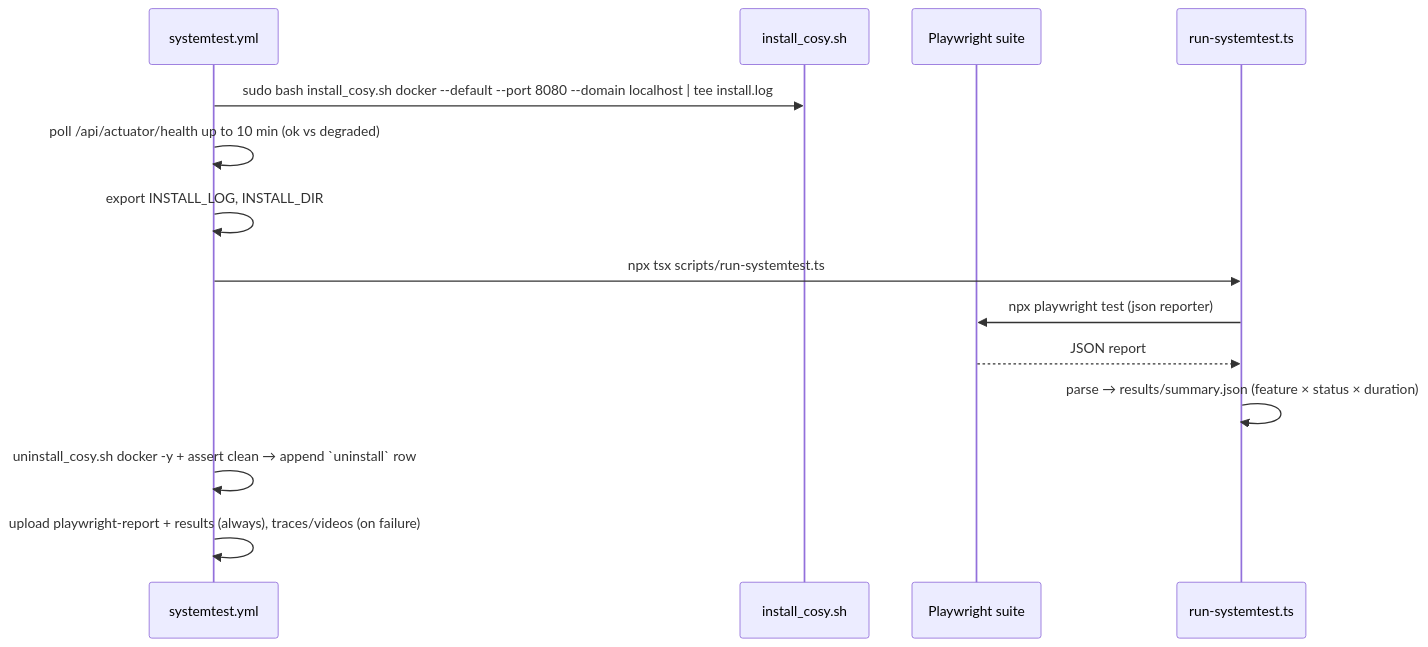
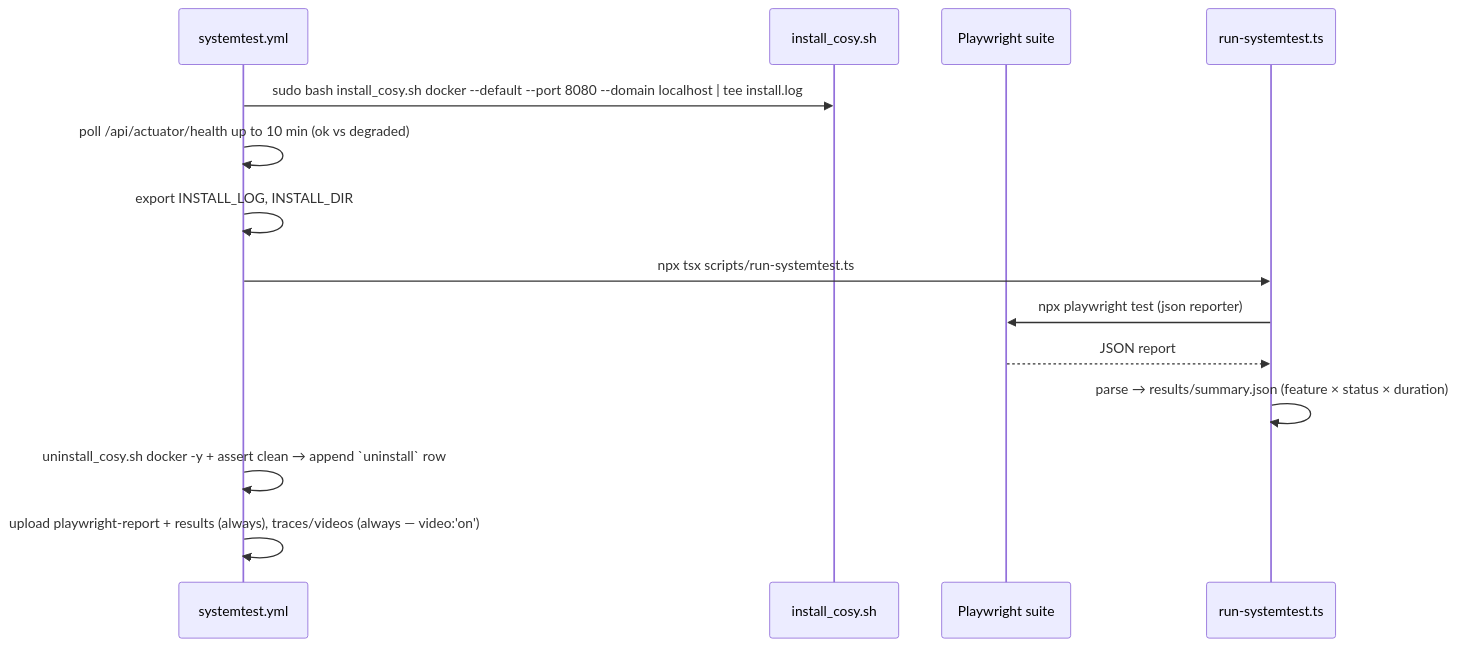
One commit to Magenta-Mause/Cosy-Systemtest changed the first of 2 diagrams in docs/test-architecture.md. Above: the diagram before and after it, drawn with Mermaid. The commit also changed 2 other files, not shown here.

Commit message:
chore: record video on every run for watchable results
This is a monitoring suite, so switch video from retain-on-failure to
'on' — a green nightly should be watchable to confirm the UI actually
behaved, not only red runs for debugging. Videos (video.webm) now exist
under test-results/<test-dir>/ for every run and are already covered by
the always-uploaded test-results/ artifact; rename that artifact to
systemtest-report-traces-videos to reflect it always carries both now.

Claude-Session: https://claude.ai/code/session_01TtoNxJb6FemMouYQ7zM595

````diff
--- a/docs/test-architecture.md
+++ b/docs/test-architecture.md
@@ -60,17 +60,17 @@
 ```mermaid
 sequenceDiagram
     participant WF as systemtest.yml
     participant SH as install_cosy.sh
     participant PW as Playwright suite
     participant RN as run-systemtest.ts
 
     WF->>SH: sudo bash install_cosy.sh docker --default --port 8080 --domain localhost | tee install.log
     WF->>WF: poll /api/actuator/health up to 10 min (ok vs degraded)
     WF->>WF: export INSTALL_LOG, INSTALL_DIR
     WF->>RN: npx tsx scripts/run-systemtest.ts
     RN->>PW: npx playwright test (json reporter)
     PW-->>RN: JSON report
     RN->>RN: parse → results/summary.json (feature × status × duration)
     WF->>WF: uninstall_cosy.sh docker -y + assert clean → append `uninstall` row
-    WF->>WF: upload playwright-report + results (always), traces/videos (on failure)
+    WF->>WF: upload playwright-report + results (always), traces/videos (always — video:'on')
 ```
````
